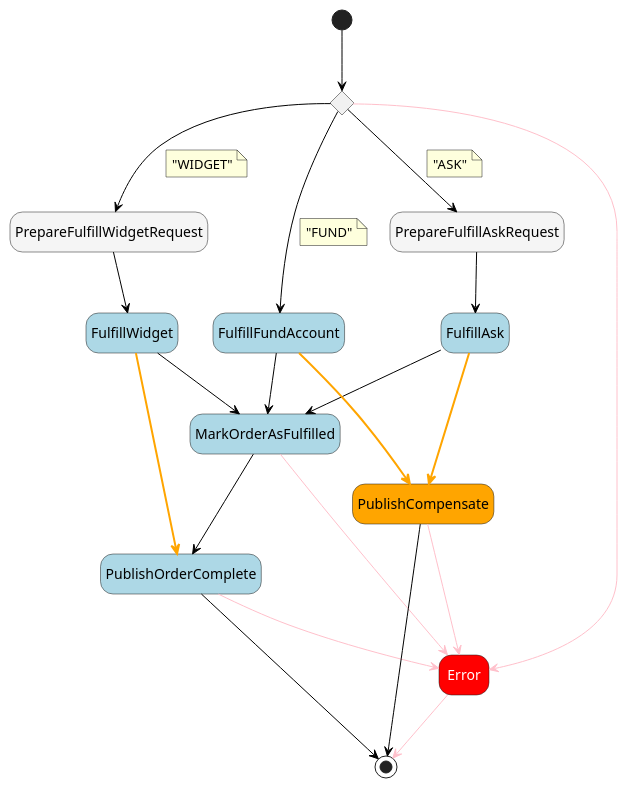
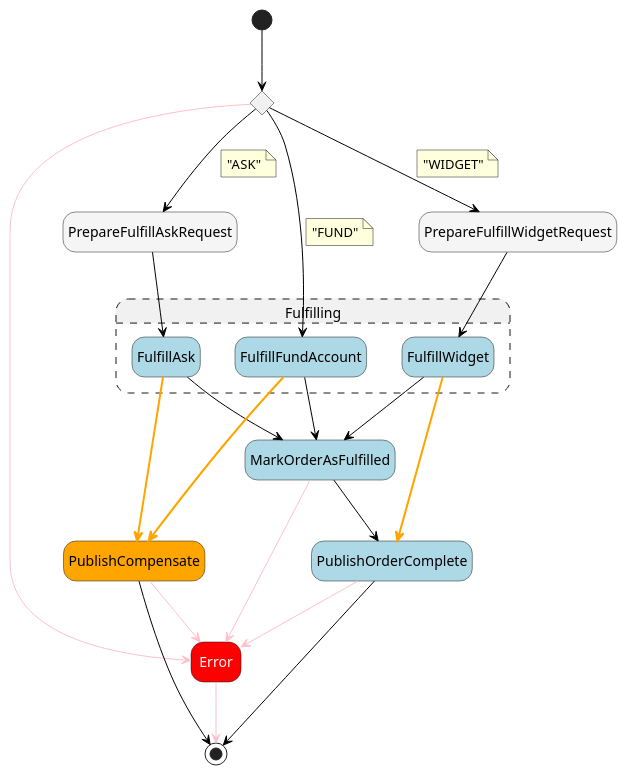
Before and after one commit to massfords/asl-puml: the diagram in src/__tests__/pumls/demo.asl.puml, drawn with PlantUML. The commit also changed 5 other files, not shown here.

```diff
--- a/src/__tests__/pumls/demo.asl.puml
+++ b/src/__tests__/pumls/demo.asl.puml
@@ -1,58 +1,60 @@
 @startuml
 hide empty description
 skinparam ArrowColor #black
 skinparam state {
 
     BackgroundColor<<Choice>> #whitesmoke
     FontColor<<Choice>> automatic
 
     BackgroundColor<<aslFail>> #red
     FontColor<<aslFail>> automatic
 
     BackgroundColor<<aslPass>> #whitesmoke
     FontColor<<aslPass>> automatic
 
     BackgroundColor<<aslTask>> #lightblue
     FontColor<<aslTask>> automatic
     BackgroundColor<<Compensate>> #orange
 }
+state "Fulfilling" as compositeState1 ##[dashed] {
+state "FulfillWidget" as state4<<aslTask>>
+state "FulfillAsk" as state5<<aslTask>>
+state "FulfillFundAccount" as state6<<aslTask>>
+}
 state "Dispatch by type of item" as state1<<Choice>>
 state "PrepareFulfillWidgetRequest" as state2<<aslPass>>
 state "PrepareFulfillAskRequest" as state3<<aslPass>>
-state "FulfillWidget" as state4<<aslTask>>
-state "FulfillAsk" as state5<<aslTask>>
-state "FulfillFundAccount" as state6<<aslTask>>
 state "MarkOrderAsFulfilled" as state7<<aslTask>>
 state "Error" as state8<<aslFail>>
 state "PublishOrderComplete" as state9<<aslTask>>
 state "PublishCompensate" as state10<<Compensate>>
 [*] --> state1
 state1 --> state2
 note on link
 "WIDGET"
 end note
 state1 --> state3
 note on link
 "ASK"
 end note
 state1 --> state6
 note on link
 "FUND"
 end note
 state1 -[#pink]-> state8
 state2 --> state4
 state3 --> state5
 state4 --> state7
 state4 -[bold,#orange]-> state9
 state5 --> state7
 state5 -[bold,#orange]-> state10
 state6 --> state7
 state6 -[bold,#orange]-> state10
 state7 --> state9
 state7 -[#pink]-> state8
 state8 -[#pink]-> [*]
 state9 --> [*]
 state9 -[#pink]-> state8
 state10 --> [*]
 state10 -[#pink]-> state8
 @enduml
```
